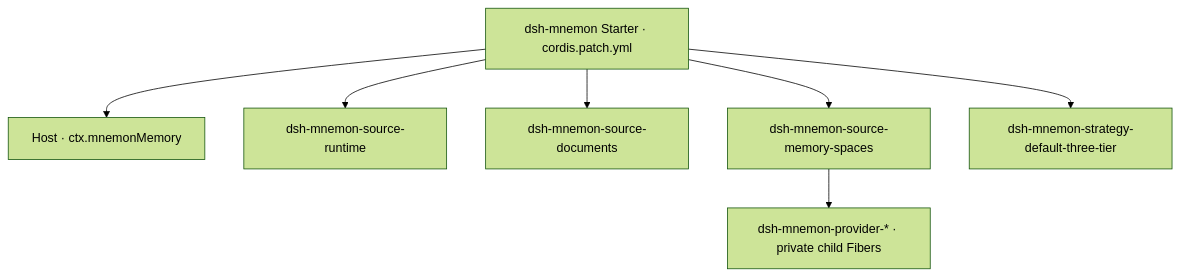
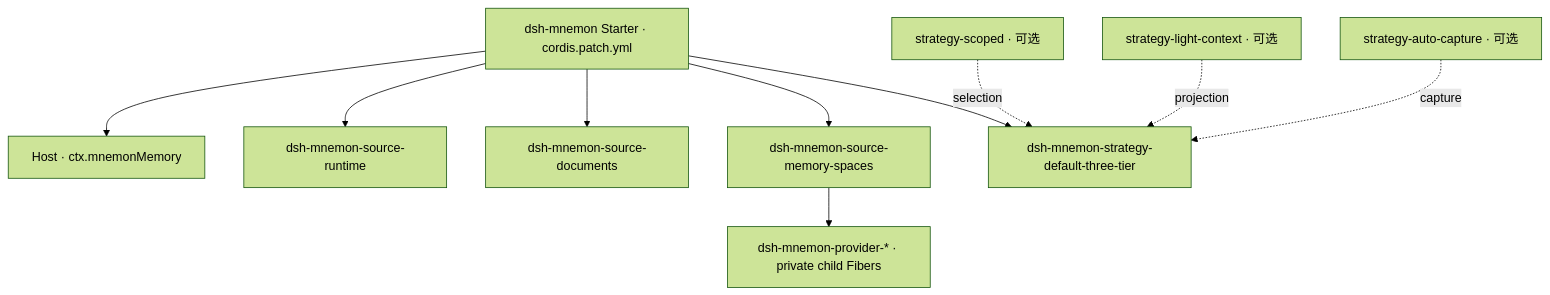
One commit to DerKodex-Repo-Curator/mnemon changed the first of 3 diagrams in dsh/docs/zh-CN/architecture.md. Above: the diagram before and after it, drawn with Mermaid (forest theme). The commit also changed other lines of this file and 8 other files, not shown here.

````diff
--- a/dsh/docs/zh-CN/architecture.md
+++ b/dsh/docs/zh-CN/architecture.md
@@ -9,9 +9,12 @@
 ```mermaid
 flowchart TB
   Starter["dsh-mnemon Starter · cordis.patch.yml"] --> Host["Host · ctx.mnemonMemory"]
   Starter --> Runtime["dsh-mnemon-source-runtime"]
   Starter --> Docs["dsh-mnemon-source-documents"]
   Starter --> Spaces["dsh-mnemon-source-memory-spaces"]
   Starter --> Strategy["dsh-mnemon-strategy-default-three-tier"]
+  Scope["strategy-scoped · 可选"] -. selection .-> Strategy
+  Light["strategy-light-context · 可选"] -. projection .-> Strategy
+  Capture["strategy-auto-capture · 可选"] -. capture .-> Strategy
   Spaces --> Providers["dsh-mnemon-provider-* · private child Fibers"]
 ```
````
